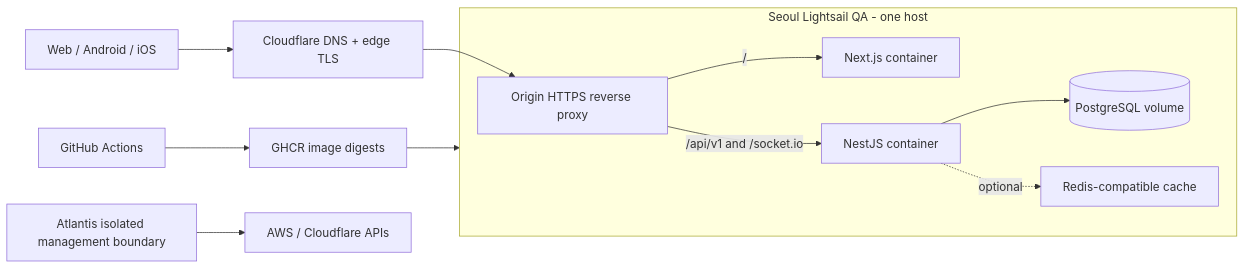
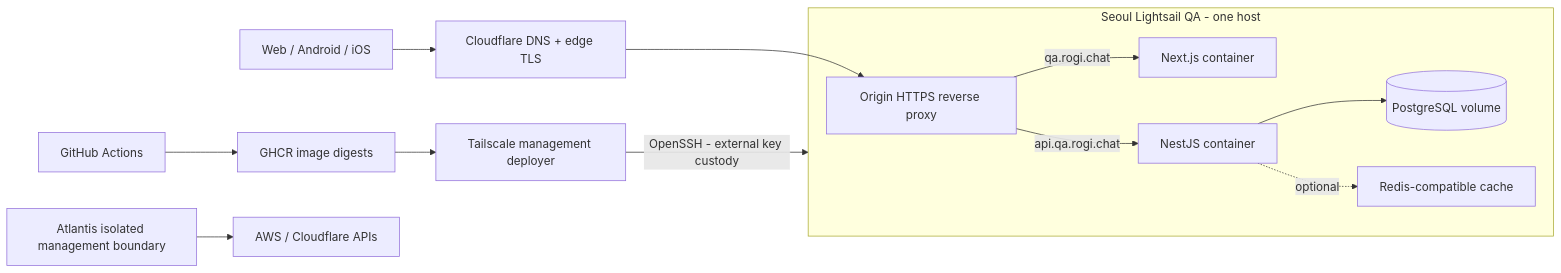
Before and after one commit to h66rogi/rogichat: the diagram in docs/architecture.md, drawn with Mermaid. The commit also changed other lines of this file and 20 other files, not shown here.

````diff
--- a/docs/architecture.md
+++ b/docs/architecture.md
@@ -44,14 +45,15 @@
 ```mermaid
 flowchart LR
   C[Web / Android / iOS] --> CF[Cloudflare DNS + edge TLS]
   CF --> TLS[Origin HTTPS reverse proxy]
   subgraph LS[Seoul Lightsail QA - one host]
-    TLS -->|/| WEB[Next.js container]
-    TLS -->|/api/v1 and /socket.io| API[NestJS container]
+    TLS -->|qa.rogi.chat| WEB[Next.js container]
+    TLS -->|api.qa.rogi.chat| API[NestJS container]
     API --> PG[(PostgreSQL volume)]
     API -. optional .-> CACHE[Redis-compatible cache]
   end
   CI[GitHub Actions] --> GHCR[GHCR image digests]
-  GHCR --> LS
+  GHCR --> DEPLOY[Tailscale management deployer]
+  DEPLOY -->|OpenSSH - external key custody| LS
   TF[Atlantis isolated management boundary] --> AWS[AWS / Cloudflare APIs]
 ```
````
